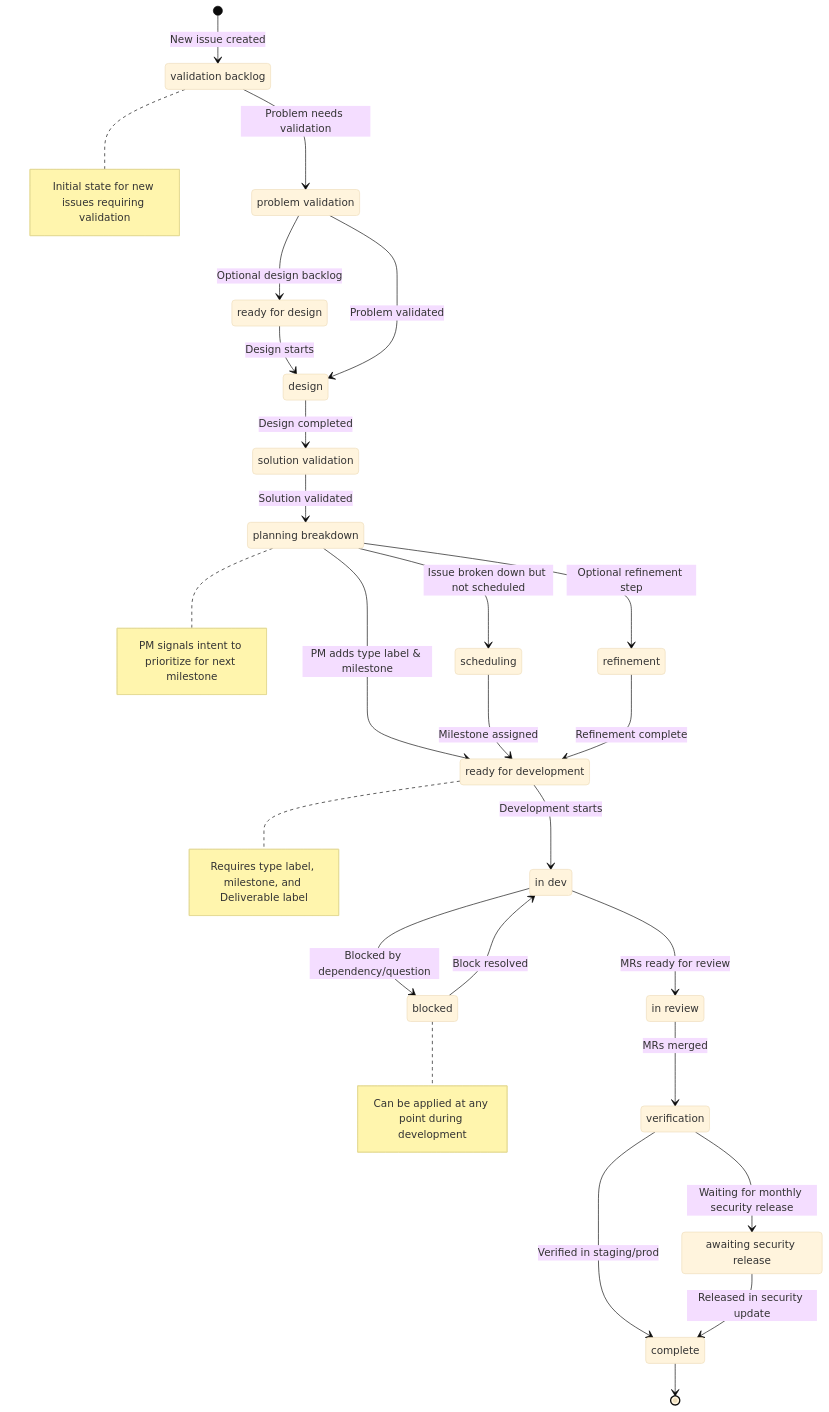
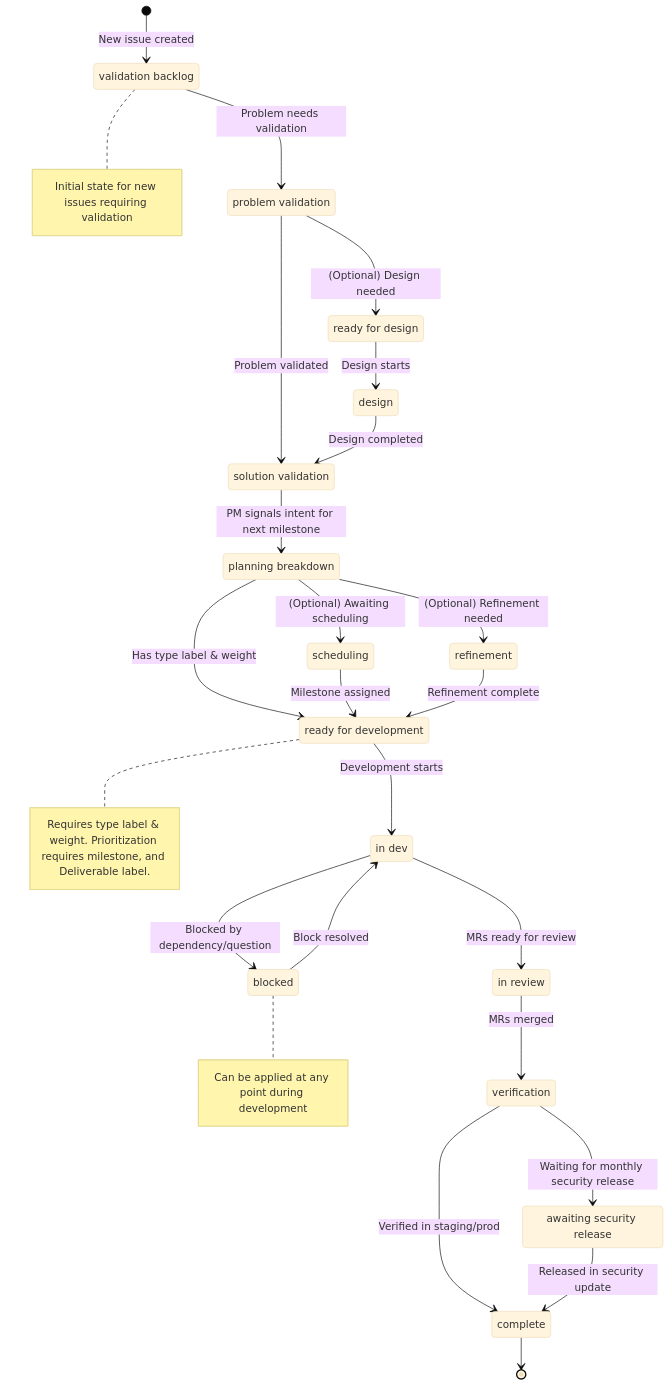
One commit to zalyoung/gitlab-handbook changed the diagram in content/handbook/product-development-flow/_index.md. Above: the diagram before and after it, drawn with Mermaid (base theme).

Commit message:
Show problem validation to solution validation

````diff
--- a/content/handbook/product-development-flow/_index.md
+++ b/content/handbook/product-development-flow/_index.md
@@ -50,51 +50,50 @@
 ```mermaid
 stateDiagram-v2
     [*] --> ValidationBacklog: New issue created
     
     ValidationBacklog: validation backlog
     ProblemValidation: problem validation
     ReadyForDesign: ready for design
     Design: design
     SolutionValidation: solution validation
     
     ValidationBacklog --> ProblemValidation: Problem needs validation
-    ProblemValidation --> ReadyForDesign: Optional design backlog
+    ProblemValidation --> ReadyForDesign: (Optional) Design needed
     ReadyForDesign --> Design: Design starts
-    ProblemValidation --> Design: Problem validated
+    ProblemValidation --> SolutionValidation: Problem validated
     Design --> SolutionValidation: Design completed
 
     PlanningBreakdown: planning breakdown
     Scheduling: scheduling
     Refinement: refinement
     ReadyForDev: ready for development
     InDev: in dev
     InReview: in review
     Verification: verification
     Complete: complete
     BlockedStatus: blocked
     SecurityStatus: awaiting security release
     
-    PlanningBreakdown --> Scheduling: Issue broken down but not scheduled
-    PlanningBreakdown --> Refinement: Optional refinement step
-    PlanningBreakdown --> ReadyForDev: PM adds type label & milestone
+    SolutionValidation --> PlanningBreakdown: PM signals intent for next milestone
+    PlanningBreakdown --> Scheduling: (Optional) Awaiting scheduling
+    PlanningBreakdown --> Refinement: (Optional) Refinement needed
+    PlanningBreakdown --> ReadyForDev: Has type label & weight
     Scheduling --> ReadyForDev: Milestone assigned
     Refinement --> ReadyForDev: Refinement complete
     ReadyForDev --> InDev: Development starts
     InDev --> InReview: MRs ready for review
     InReview --> Verification: MRs merged
     Verification --> Complete: Verified in staging/prod
     
     InDev --> BlockedStatus: Blocked by dependency/question
     BlockedStatus --> InDev: Block resolved
     
     Verification --> SecurityStatus: Waiting for monthly security release
     SecurityStatus --> Complete: Released in security update
     
-    SolutionValidation --> PlanningBreakdown: Solution validated
     Complete --> [*]
 
     note right of ValidationBacklog: Initial state for new issues requiring validation
-    note right of PlanningBreakdown: PM signals intent to prioritize for next milestone
-    note right of ReadyForDev: Requires type label, milestone, and Deliverable label
+    note right of ReadyForDev: Requires type label & weight. Prioritization requires milestone, and Deliverable label.
     note right of BlockedStatus: Can be applied at any point during development
 ```
````
